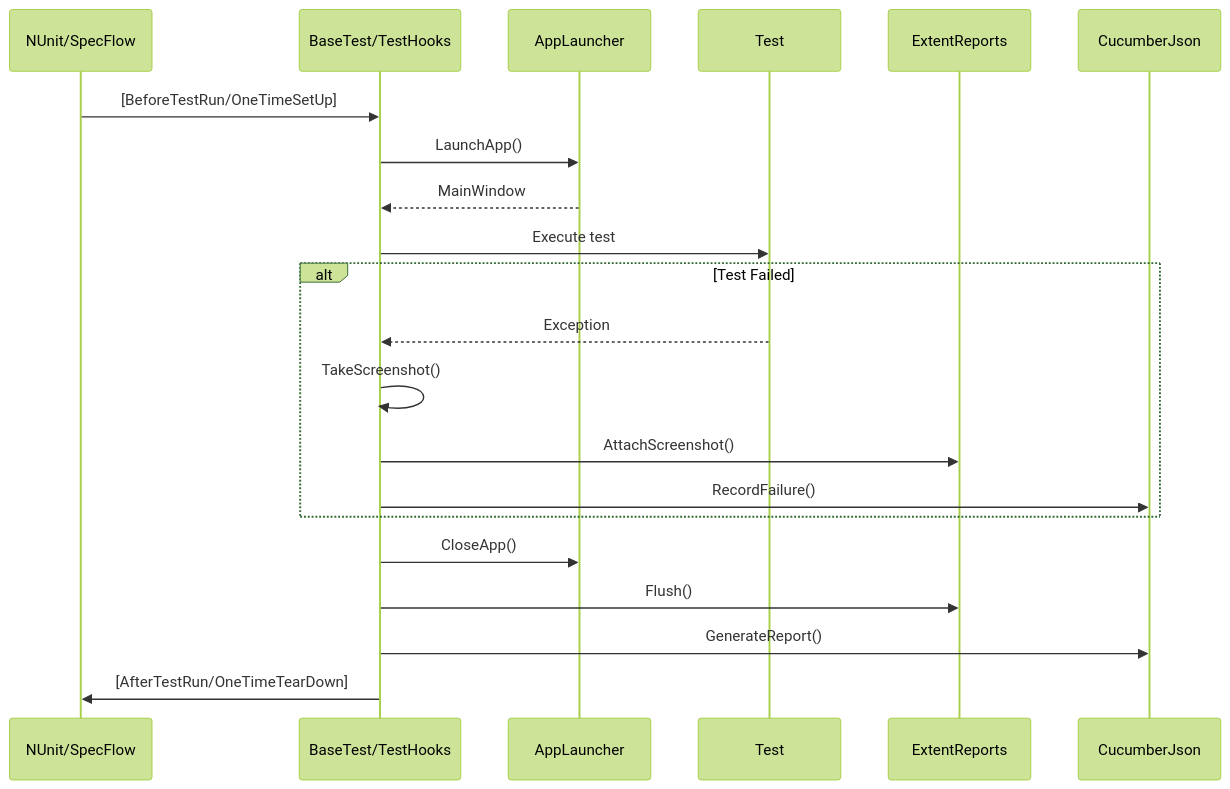
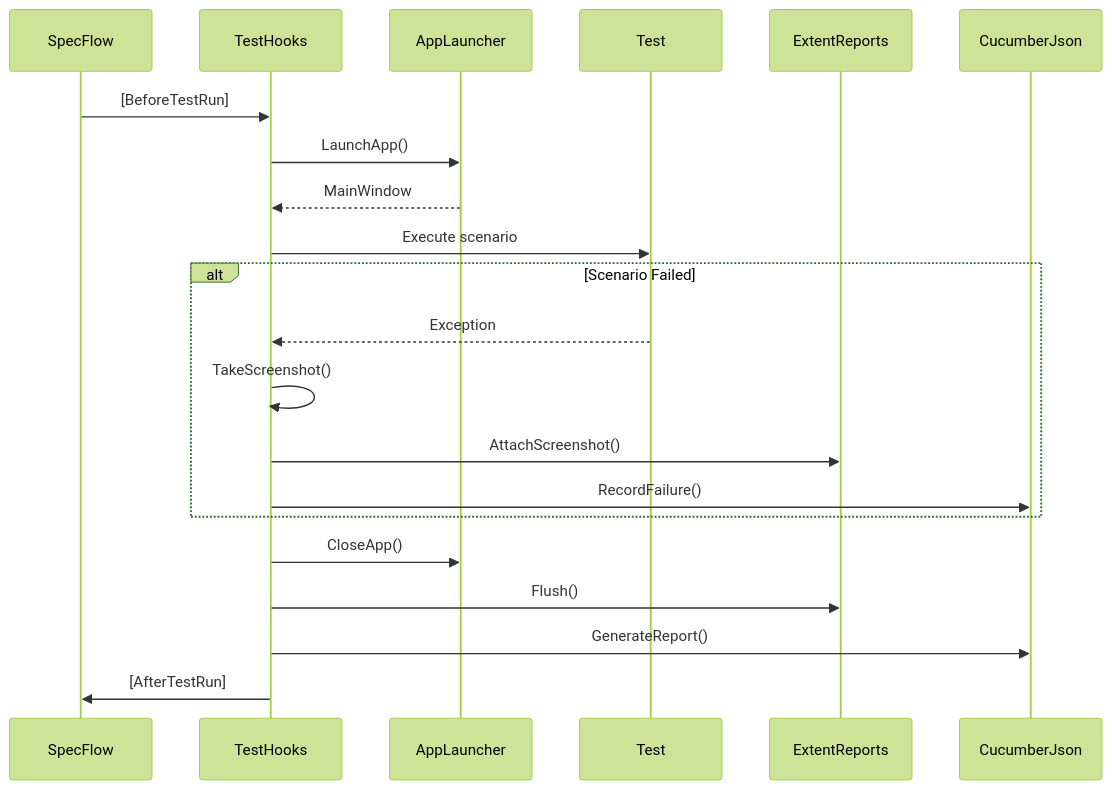
One commit to Akradeveloper/Hipos changed the fourth of 6 diagrams in website/docs/architecture.md. Above: the diagram before and after it, drawn with Mermaid (forest theme). The commit also changed other lines of this file and 15 other files, not shown here.

````diff
--- a/website/docs/architecture.md
+++ b/website/docs/architecture.md
@@ -205,24 +163,24 @@
 ```mermaid
 sequenceDiagram
-    participant NUnit/SpecFlow
-    participant BaseTest/TestHooks
+    participant SpecFlow
+    participant TestHooks
     participant AppLauncher
     participant Test
     participant ExtentReports
     participant CucumberJson
     
-    NUnit/SpecFlow->>BaseTest/TestHooks: [BeforeTestRun/OneTimeSetUp]
-    BaseTest/TestHooks->>AppLauncher: LaunchApp()
-    AppLauncher-->>BaseTest/TestHooks: MainWindow
-    BaseTest/TestHooks->>Test: Execute test
-    alt Test Failed
-        Test-->>BaseTest/TestHooks: Exception
-        BaseTest/TestHooks->>BaseTest/TestHooks: TakeScreenshot()
-        BaseTest/TestHooks->>ExtentReports: AttachScreenshot()
-        BaseTest/TestHooks->>CucumberJson: RecordFailure()
+    SpecFlow->>TestHooks: [BeforeTestRun]
+    TestHooks->>AppLauncher: LaunchApp()
+    AppLauncher-->>TestHooks: MainWindow
+    TestHooks->>Test: Execute scenario
+    alt Scenario Failed
+        Test-->>TestHooks: Exception
+        TestHooks->>TestHooks: TakeScreenshot()
+        TestHooks->>ExtentReports: AttachScreenshot()
+        TestHooks->>CucumberJson: RecordFailure()
     end
-    BaseTest/TestHooks->>AppLauncher: CloseApp()
-    BaseTest/TestHooks->>ExtentReports: Flush()
-    BaseTest/TestHooks->>CucumberJson: GenerateReport()
-    BaseTest/TestHooks->>NUnit/SpecFlow: [AfterTestRun/OneTimeTearDown]
+    TestHooks->>AppLauncher: CloseApp()
+    TestHooks->>ExtentReports: Flush()
+    TestHooks->>CucumberJson: GenerateReport()
+    TestHooks->>SpecFlow: [AfterTestRun]
 ```
````
